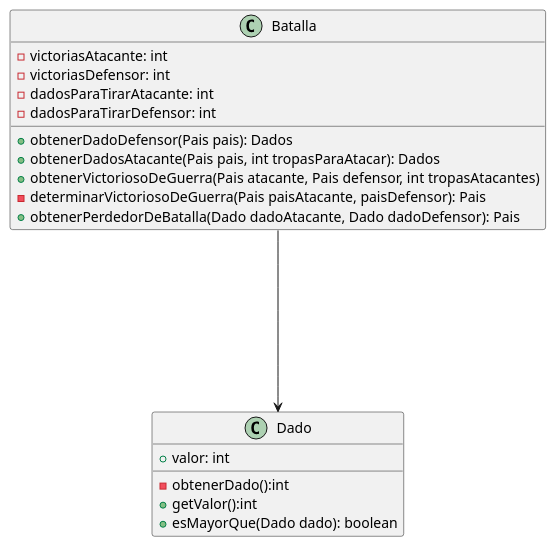
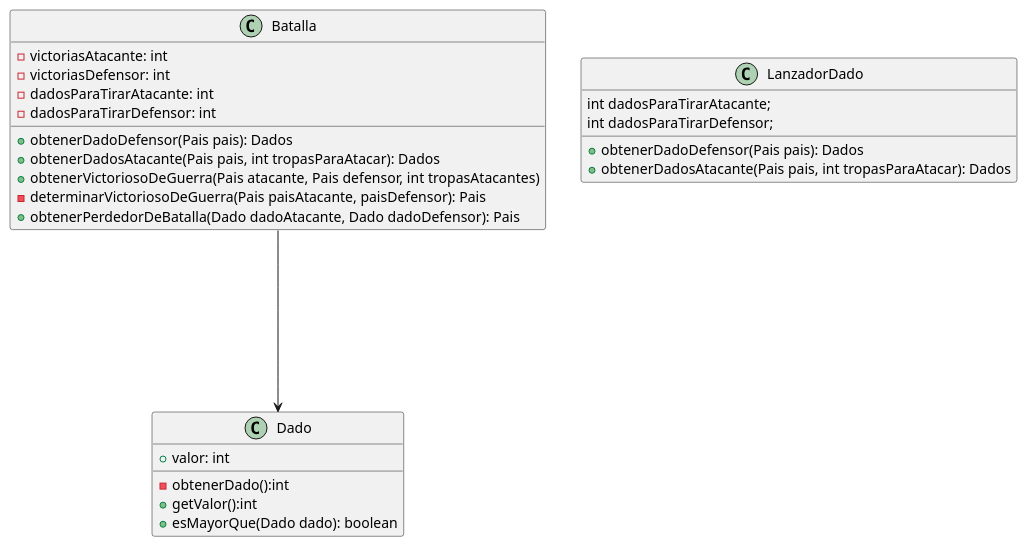
One commit to tomasshiao/TP2_Algo3 changed the diagram in diagramas/diagramaClaseBatalla.plantuml. Above: the diagram before and after it, drawn with PlantUML. The commit also changed 2 other files, not shown here.

Commit message:
cambios solo diagrama

```diff
--- a/diagramas/diagramaClaseBatalla.plantuml
+++ b/diagramas/diagramaClaseBatalla.plantuml
@@ -1,24 +1,31 @@
 @startuml
 class Batalla{
     -victoriasAtacante: int
     -victoriasDefensor: int
     -dadosParaTirarAtacante: int
     -dadosParaTirarDefensor: int
 
     +obtenerDadoDefensor(Pais pais): Dados
     +obtenerDadosAtacante(Pais pais, int tropasParaAtacar): Dados
     +obtenerVictoriosoDeGuerra(Pais atacante, Pais defensor, int tropasAtacantes)
     -determinarVictoriosoDeGuerra(Pais paisAtacante, paisDefensor): Pais
     +obtenerPerdedorDeBatalla(Dado dadoAtacante, Dado dadoDefensor): Pais
 }
 
+class LanzadorDado{
+ int dadosParaTirarAtacante;
+ int dadosParaTirarDefensor;
+     +obtenerDadoDefensor(Pais pais): Dados
+     +obtenerDadosAtacante(Pais pais, int tropasParaAtacar): Dados
+}
+
 class Dado{
     +valor: int
     -obtenerDado():int
     +getValor():int
     +esMayorQue(Dado dado): boolean
 }
 
 Batalla---->Dado
 
 @enduml
```
